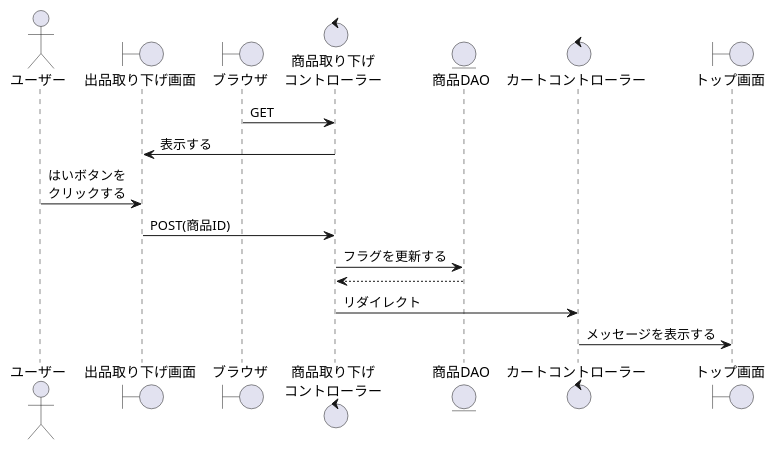
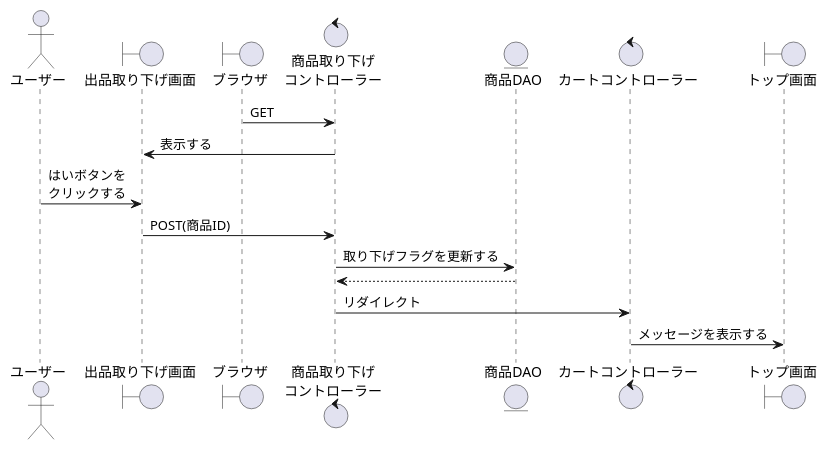
Before and after one commit to SK-B-S/PJ: the diagram in PJ_シーケンス/農家/出品取り下げ.wsd, drawn with PlantUML. The commit also changed 27 other files, not shown here.

```diff
--- a/PJ_シーケンス/農家/出品取り下げ.wsd
+++ b/PJ_シーケンス/農家/出品取り下げ.wsd
@@ -1,22 +1,22 @@
 @startuml 出品を取り下げる
 
 actor    "ユーザー" as account
 boundary "出品取り下げ画面" as cart_screen
 boundary "ブラウザ" as brz
 control  "商品取り下げ\nコントローラー" as delete_c
 entity   "商品DAO" as cart_db
 control  "カートコントローラー" as cart_c
 boundary "トップ画面" as Top
 
 '--------------------------------------------------------------------------------------
 
 brz ->  delete_c : GET
 cart_screen <-  delete_c : 表示する
 account ->  cart_screen : はいボタンを\nクリックする
 cart_screen -> delete_c : POST(商品ID)
-delete_c -> cart_db : フラグを更新する
+delete_c -> cart_db : 取り下げフラグを更新する
 delete_c <-- cart_db
 delete_c -> cart_c : リダイレクト
 Top <- cart_c : メッセージを表示する
 
 @enduml
```
